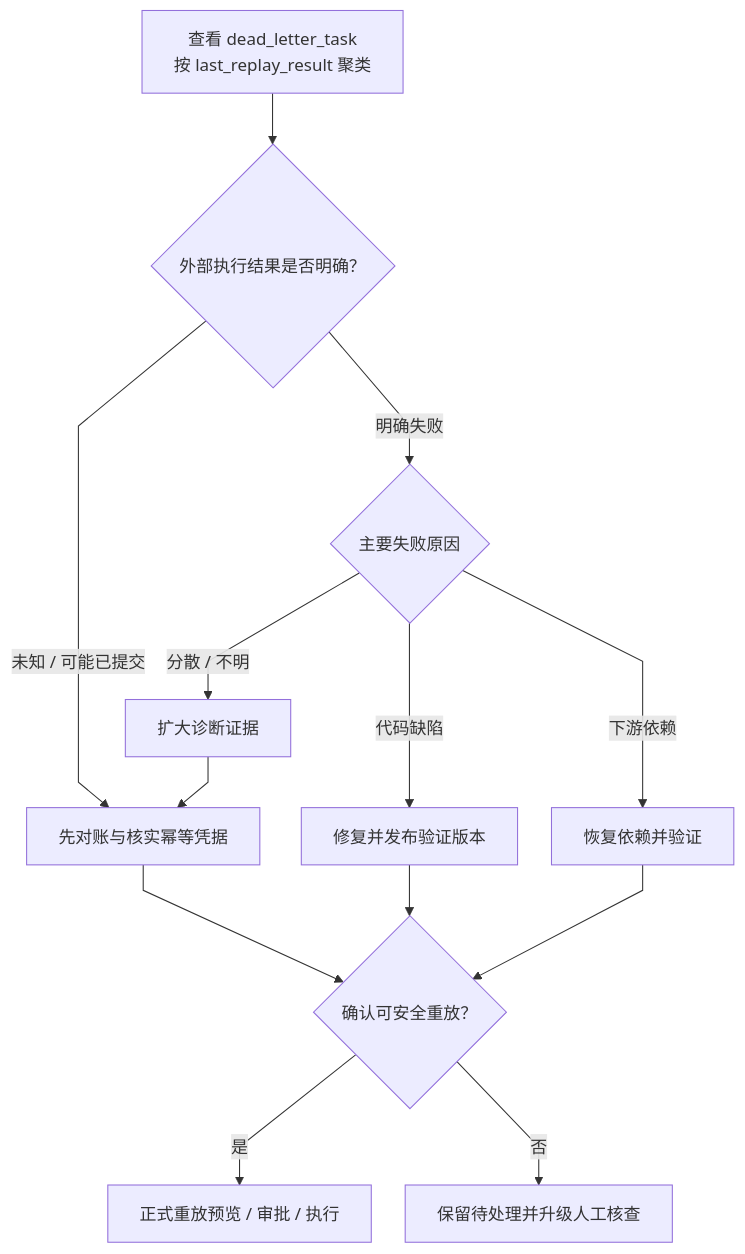
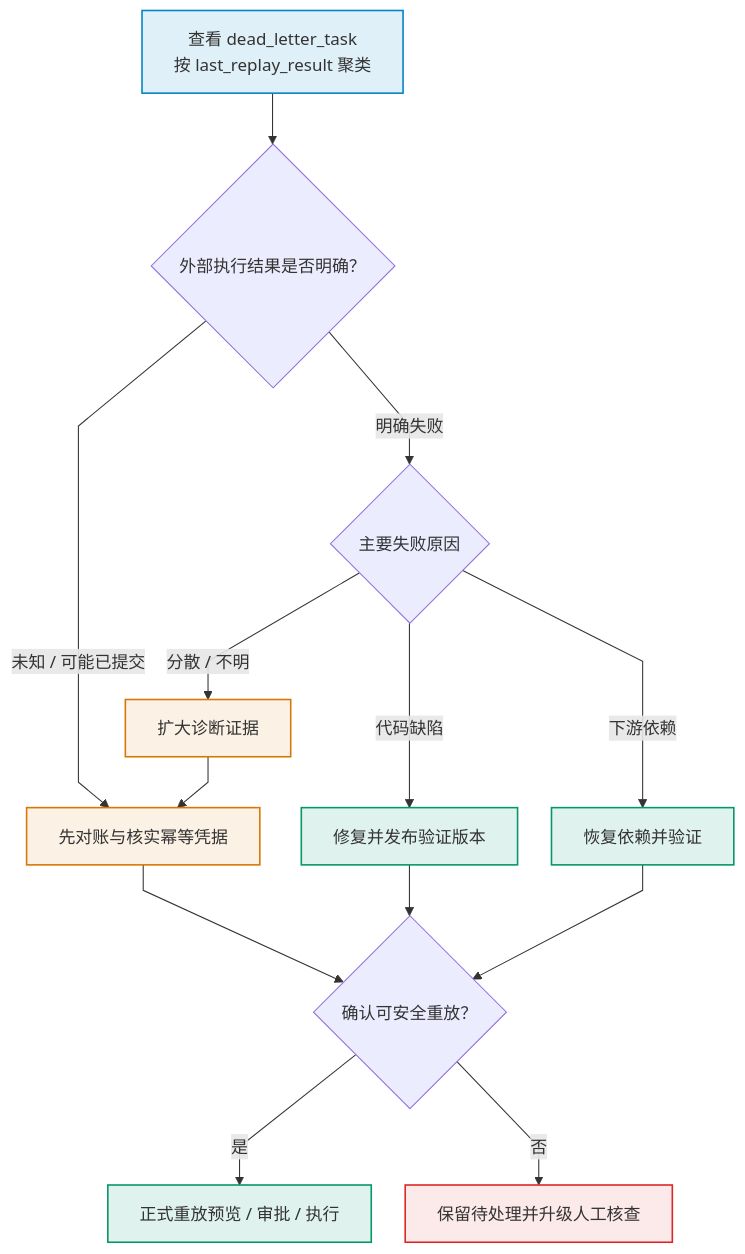
One commit to pinpols/file-batch-system changed the third of 5 diagrams in docs/runbook/troubleshooting-decision-tree.md. Above: the diagram before and after it, drawn with Mermaid. The commit also changed other lines of this file and 34 other files, not shown here.

First line of the commit message:
docs(diagram): 完成 P3 Mermaid 图样式收口并补充制图规范 (#1390)

````diff
--- a/docs/runbook/troubleshooting-decision-tree.md
+++ b/docs/runbook/troubleshooting-decision-tree.md
@@ -155,16 +159,21 @@
 ```mermaid
 %%{init: {"flowchart":{"curve":"linear","nodeSpacing":32,"rankSpacing":48},"sequence":{"mirrorActors":false}}}%%
 flowchart TB
-  SAMPLE["查看 dead_letter_task<br/>按 last_replay_result 聚类"] --> UNKNOWN{"外部执行结果是否明确？"}
-  UNKNOWN -->|"未知 / 可能已提交"| RECON["先对账与核实幂等凭据"]
+  SAMPLE["查看 dead_letter_task<br/>按 last_replay_result 聚类"]:::control --> UNKNOWN{"外部执行结果是否明确？"}
+  UNKNOWN -->|"未知 / 可能已提交"| RECON["先对账与核实幂等凭据"]:::wait
   RECON --> SAFE{"确认可安全重放？"}
   UNKNOWN -->|"明确失败"| ROOT{"主要失败原因"}
-  ROOT -->|"代码缺陷"| FIX["修复并发布验证版本"]
-  ROOT -->|"下游依赖"| RESTORE["恢复依赖并验证"]
-  ROOT -->|"分散 / 不明"| INVESTIGATE["扩大诊断证据"]
+  ROOT -->|"代码缺陷"| FIX["修复并发布验证版本"]:::ok
+  ROOT -->|"下游依赖"| RESTORE["恢复依赖并验证"]:::ok
+  ROOT -->|"分散 / 不明"| INVESTIGATE["扩大诊断证据"]:::wait
   FIX --> SAFE
   RESTORE --> SAFE
   INVESTIGATE --> RECON
-  SAFE -->|"是"| REPLAY["正式重放预览 / 审批 / 执行"]
-  SAFE -->|"否"| HOLD["保留待处理并升级人工核查"]
+  SAFE -->|"是"| REPLAY["正式重放预览 / 审批 / 执行"]:::ok
+  SAFE -->|"否"| HOLD["保留待处理并升级人工核查"]:::fail
+
+  classDef control fill:#0284c71f,stroke:#0284c7,stroke-width:1.5px
+  classDef ok fill:#0596691f,stroke:#059669,stroke-width:1.5px
+  classDef fail fill:#dc26261a,stroke:#dc2626,stroke-width:1.5px
+  classDef wait fill:#d977061a,stroke:#d97706,stroke-width:1.5px
 ```
````
